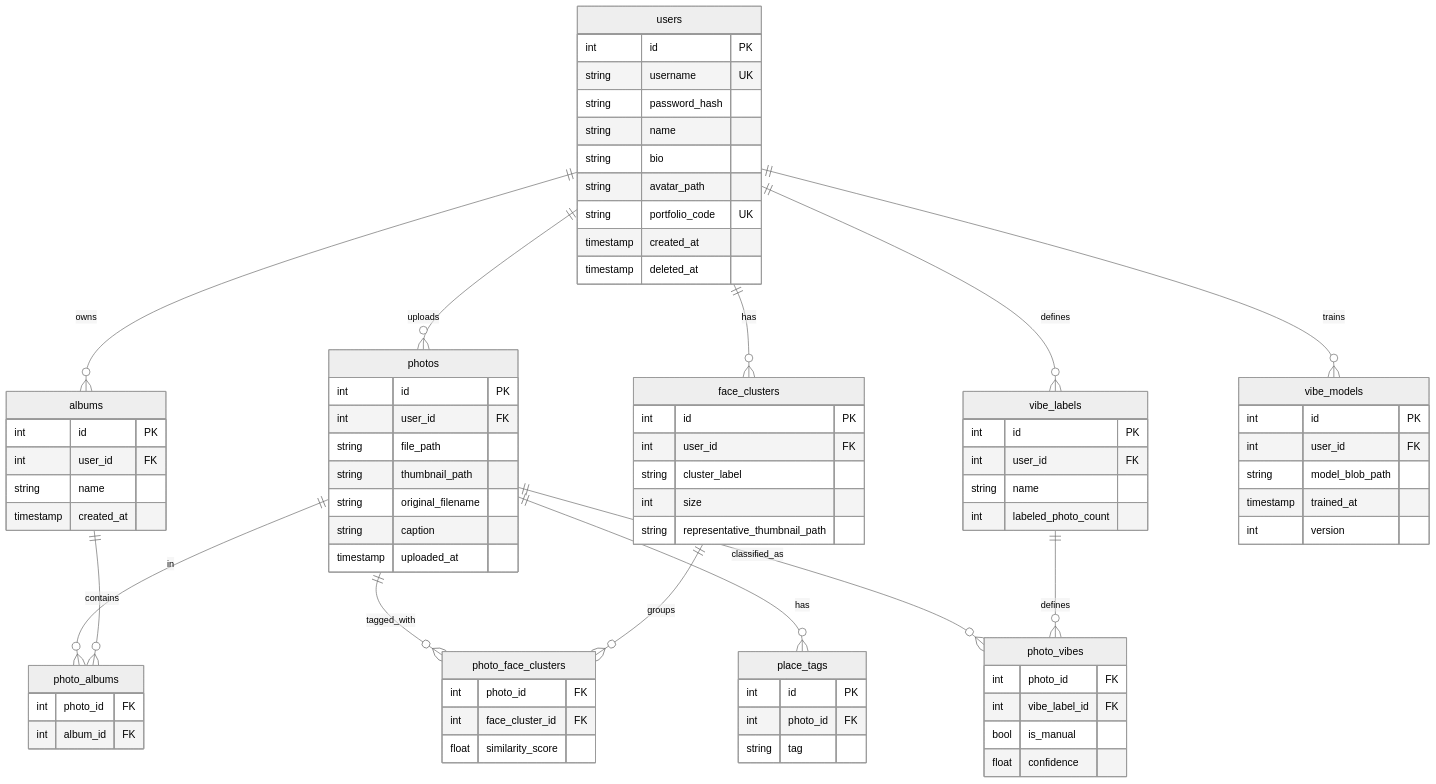
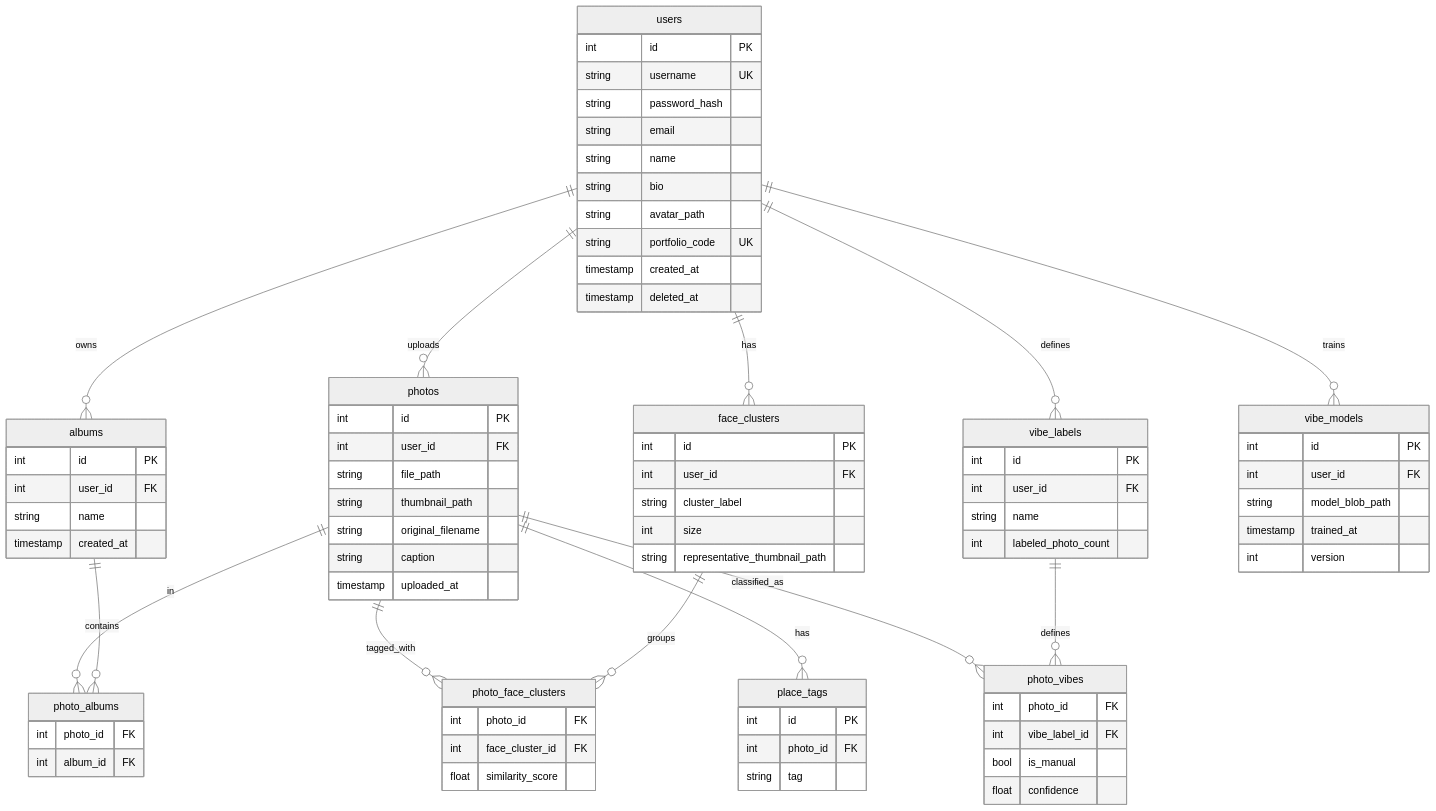
One commit to jamesse0/Folio changed the first of 5 diagrams in README.md. Above: the diagram before and after it, drawn with Mermaid (neutral theme). The commit also changed other lines of this file and 83 other files, not shown here.

```diff
--- a/README.md
+++ b/README.md
@@ -86,6 +86,7 @@
         int id PK
         string username UK
         string password_hash
+        string email
         string name
         string bio
         string avatar_path
```
